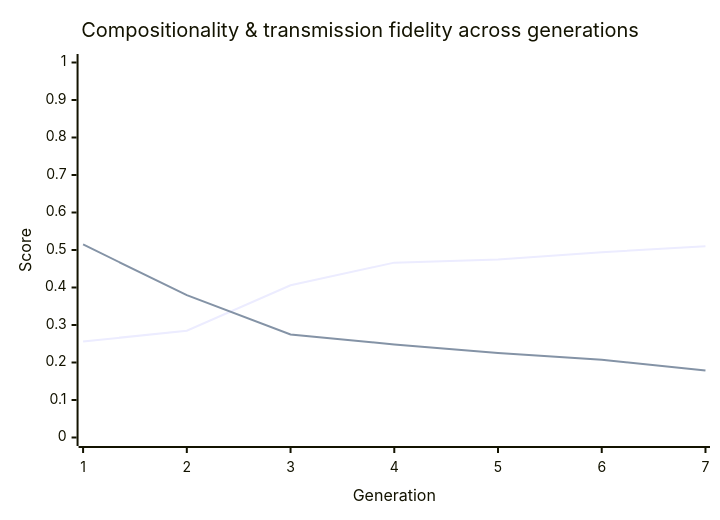
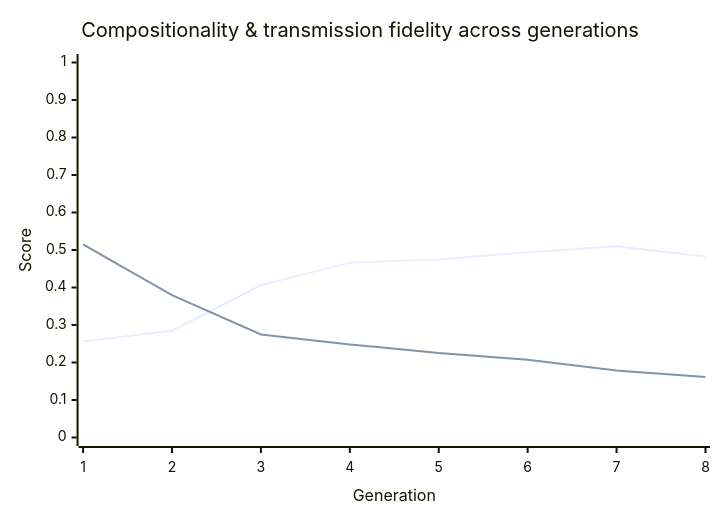
One commit to nichobbs/traditio changed the diagram in metrics/latest-report.md. Above: the diagram before and after it, drawn with Mermaid. The commit also changed other lines of this file and 1 other file, not shown here.

````diff
--- a/metrics/latest-report.md
+++ b/metrics/latest-report.md
@@ -40,8 +40,8 @@
 ```mermaid
 xychart-beta
     title "Compositionality & transmission fidelity across generations"
-    x-axis "Generation" [1, 2, 3, 4, 5, 6, 7]
+    x-axis "Generation" [1, 2, 3, 4, 5, 6, 7, 8]
     y-axis "Score" 0 --> 1
-    line "Compositionality" [0.2559, 0.2849, 0.4060, 0.4663, 0.4745, 0.4941, 0.5099]
-    line "Transmission Fidelity" [0.5148, 0.3796, 0.2746, 0.2481, 0.2251, 0.2074, 0.1785]
+    line "Compositionality" [0.2559, 0.2849, 0.4060, 0.4663, 0.4745, 0.4941, 0.5099, 0.4826]
+    line "Transmission Fidelity" [0.5148, 0.3796, 0.2746, 0.2481, 0.2251, 0.2074, 0.1785, 0.1615]
 ```
````
